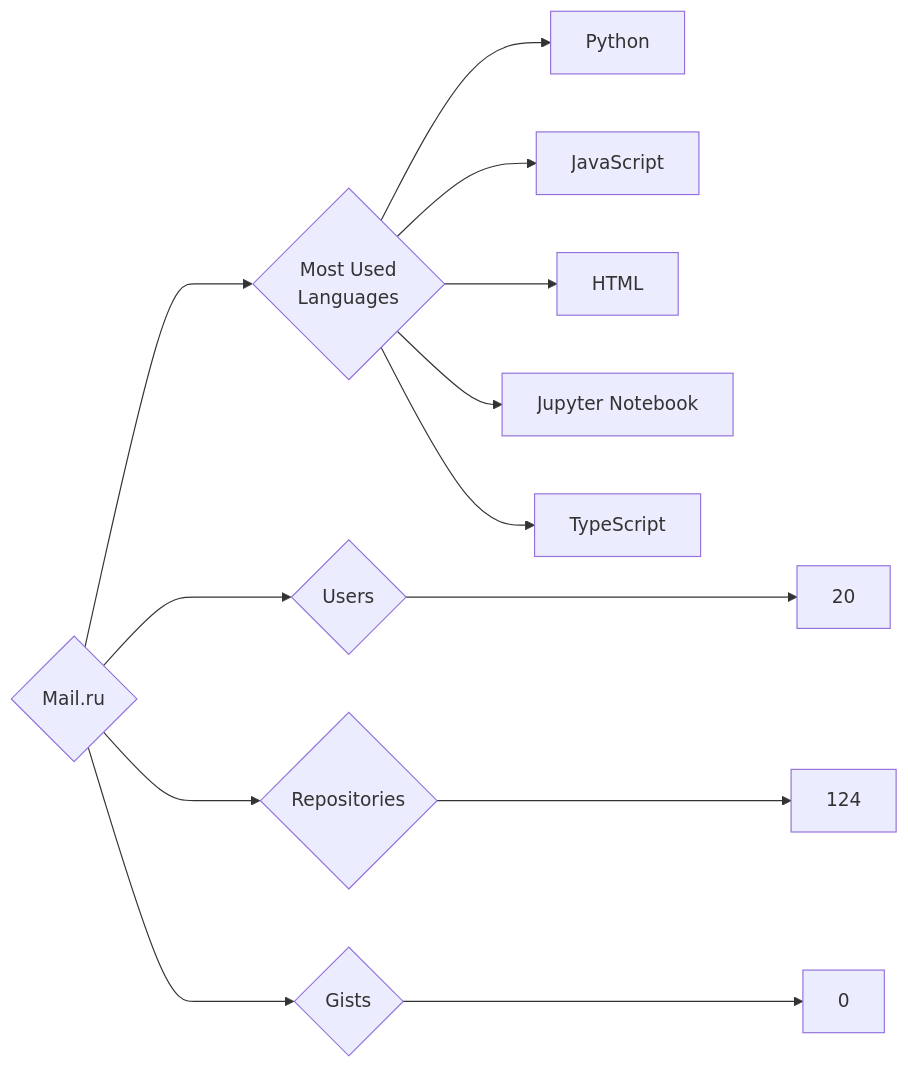
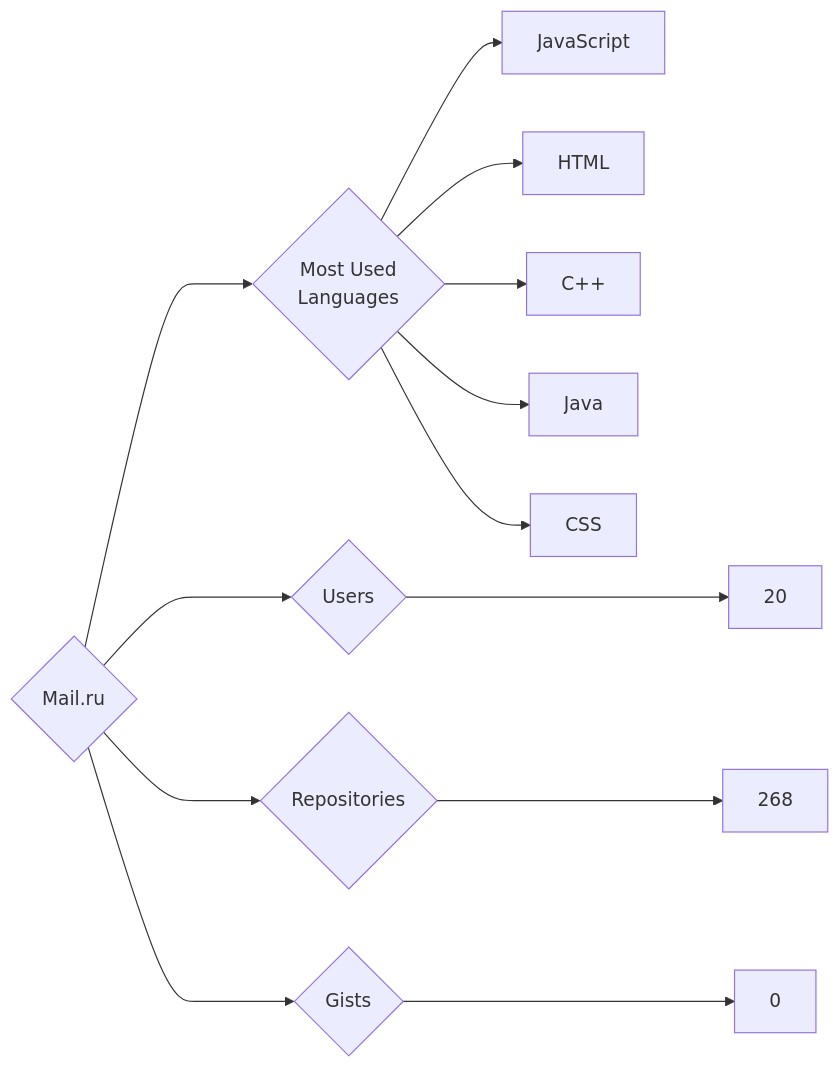
Before and after one commit to trickest/insiders: the diagram in targets/Mail.ru/README.md, drawn with Mermaid. The commit also changed 965 other files, not shown here.

````diff
--- a/targets/Mail.ru/README.md
+++ b/targets/Mail.ru/README.md
@@ -3,13 +3,13 @@
 ```mermaid
 graph LR
 COMPANY_NAME{Mail.ru}
 COMPANY_NAME ---> U{Users} ---> UN[20]
-COMPANY_NAME ---> R{Repositories} ---> RN[124]
+COMPANY_NAME ---> R{Repositories} ---> RN[268]
 COMPANY_NAME ---> G{Gists} ---> GN[0]
 COMPANY_NAME ---> ML{Most Used<br>Languages}
-ML --> Python[Python]
 ML --> JavaScript[JavaScript]
 ML --> HTML[HTML]
-ML --> Jupyter_Notebook[Jupyter Notebook]
-ML --> TypeScript[TypeScript]
+ML --> C++[C++]
+ML --> Java[Java]
+ML --> CSS[CSS]
 ```
````
